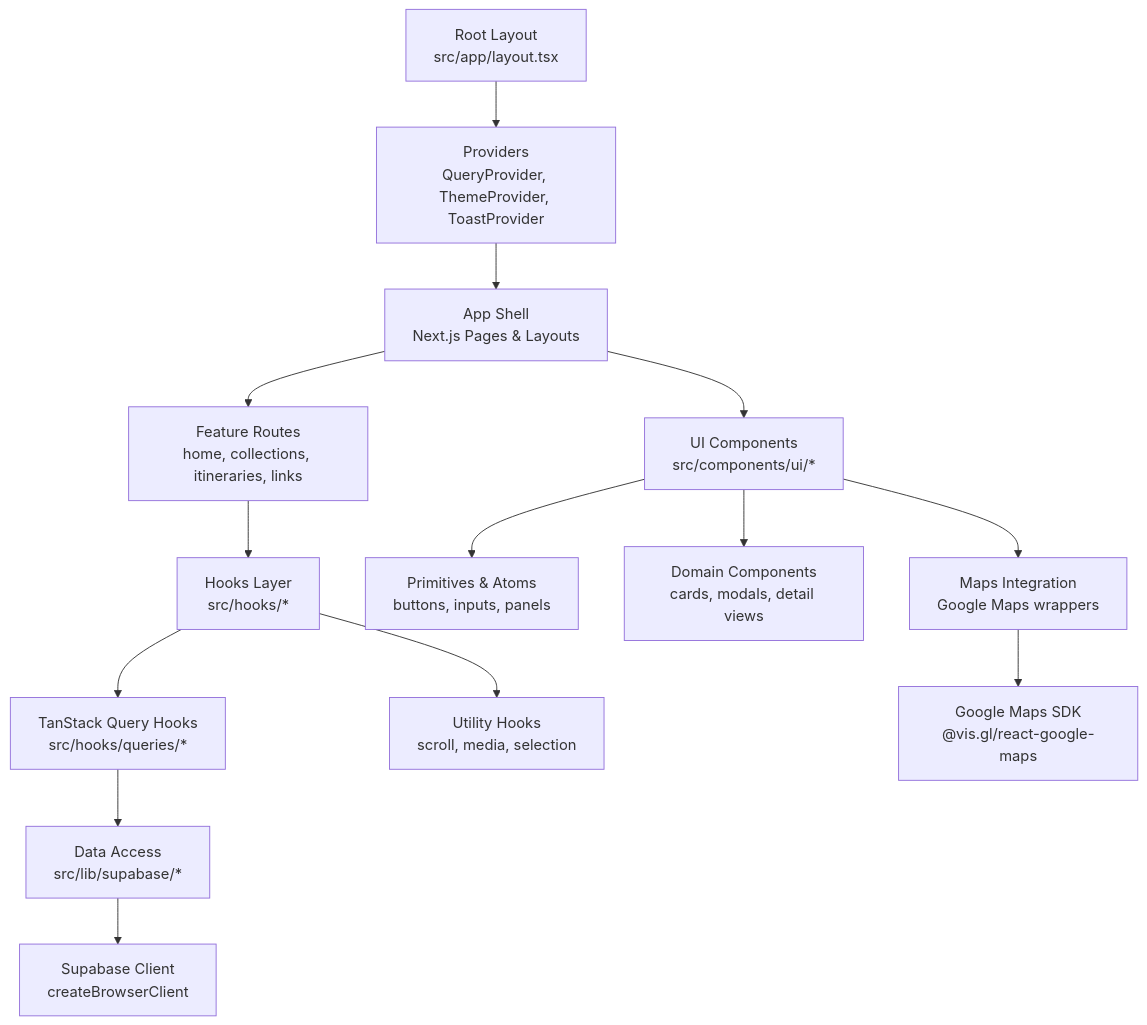
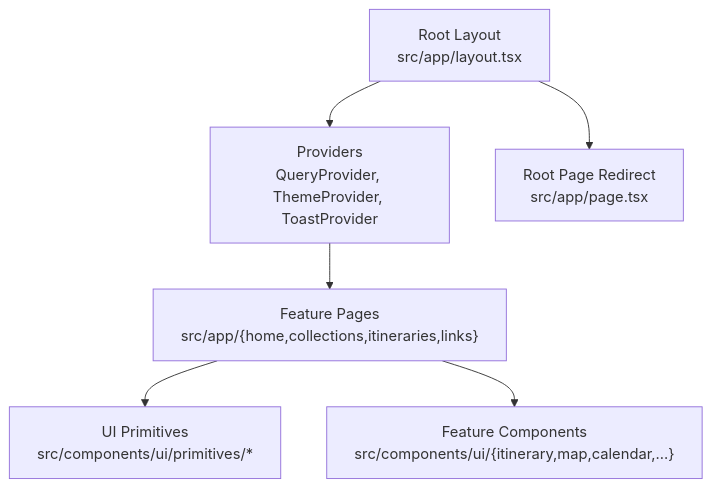
Before and after one commit to Meaetin/alibaba-hackathon: the first of 9 diagrams in .qoder/repowiki/en/content/Architecture Overview/Architecture Overview.md, drawn with Mermaid. The commit also changed other lines of this file and 241 other files, not shown here.

````diff
--- a/.qoder/repowiki/en/content/Architecture Overview/Architecture Overview.md
+++ b/.qoder/repowiki/en/content/Architecture Overview/Architecture Overview.md
@@ -39,16 +42,8 @@
 ```mermaid
 graph TB
 A["Root Layout<br/>src/app/layout.tsx"] --> B["Providers<br/>QueryProvider, ThemeProvider, ToastProvider"]
-B --> C["App Shell<br/>Next.js Pages & Layouts"]
-C --> D["Feature Routes<br/>home, collections, itineraries, links"]
-C --> E["UI Components<br/>src/components/ui/*"]
-E --> F["Primitives & Atoms<br/>buttons, inputs, panels"]
-E --> G["Domain Components<br/>cards, modals, detail views"]
-E --> H["Maps Integration<br/>Google Maps wrappers"]
-D --> I["Hooks Layer<br/>src/hooks/*"]
-I --> J["TanStack Query Hooks<br/>src/hooks/queries/*"]
-I --> K["Utility Hooks<br/>scroll, media, selection"]
-J --> L["Data Access<br/>src/lib/supabase/*"]
-L --> M["Supabase Client<br/>createBrowserClient"]
-H --> N["Google Maps SDK<br/>@vis.gl/react-google-maps"]
+A --> C["Root Page Redirect<br/>src/app/page.tsx"]
+B --> D["Feature Pages<br/>src/app/{home,collections,itineraries,links}"]
+D --> E["UI Primitives<br/>src/components/ui/primitives/*"]
+D --> F["Feature Components<br/>src/components/ui/{itinerary,map,calendar,...}"]
 ```
````
